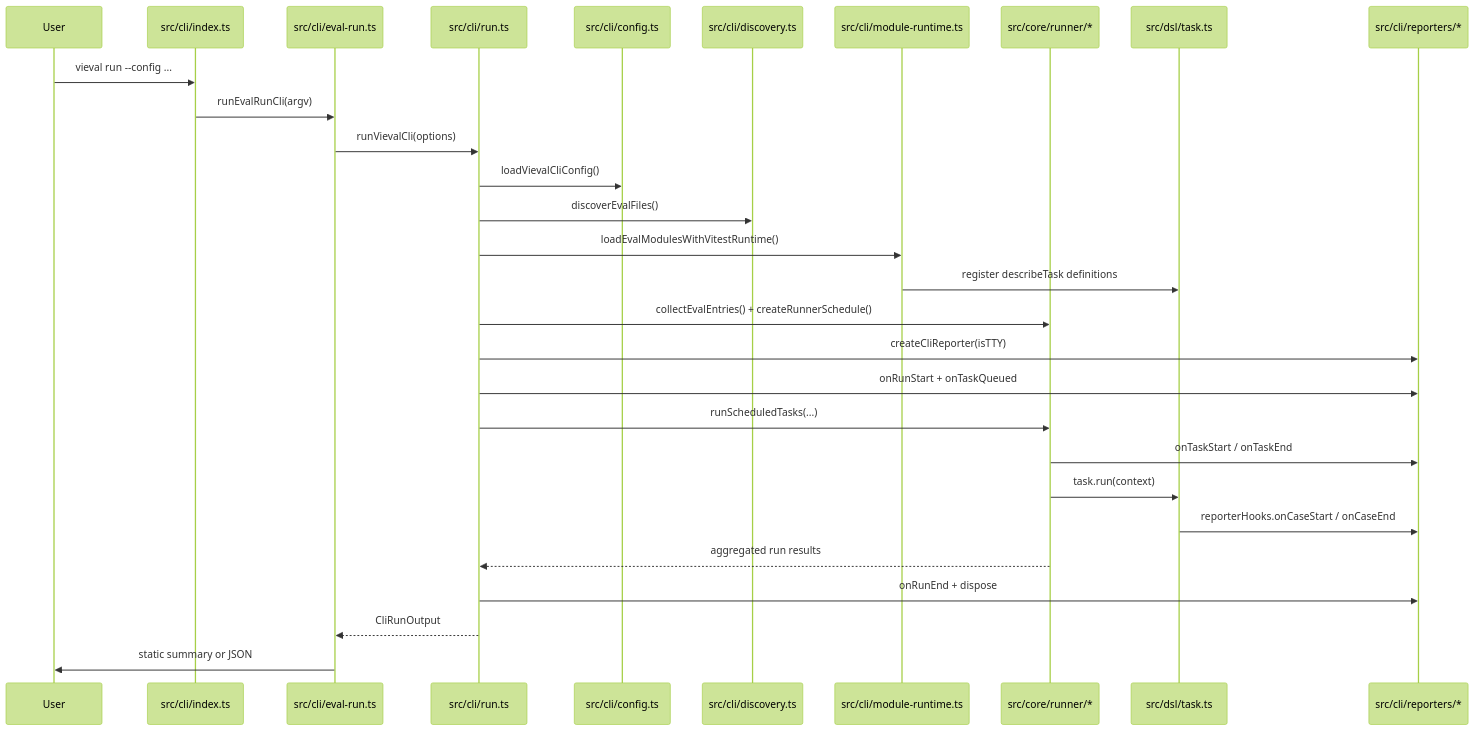
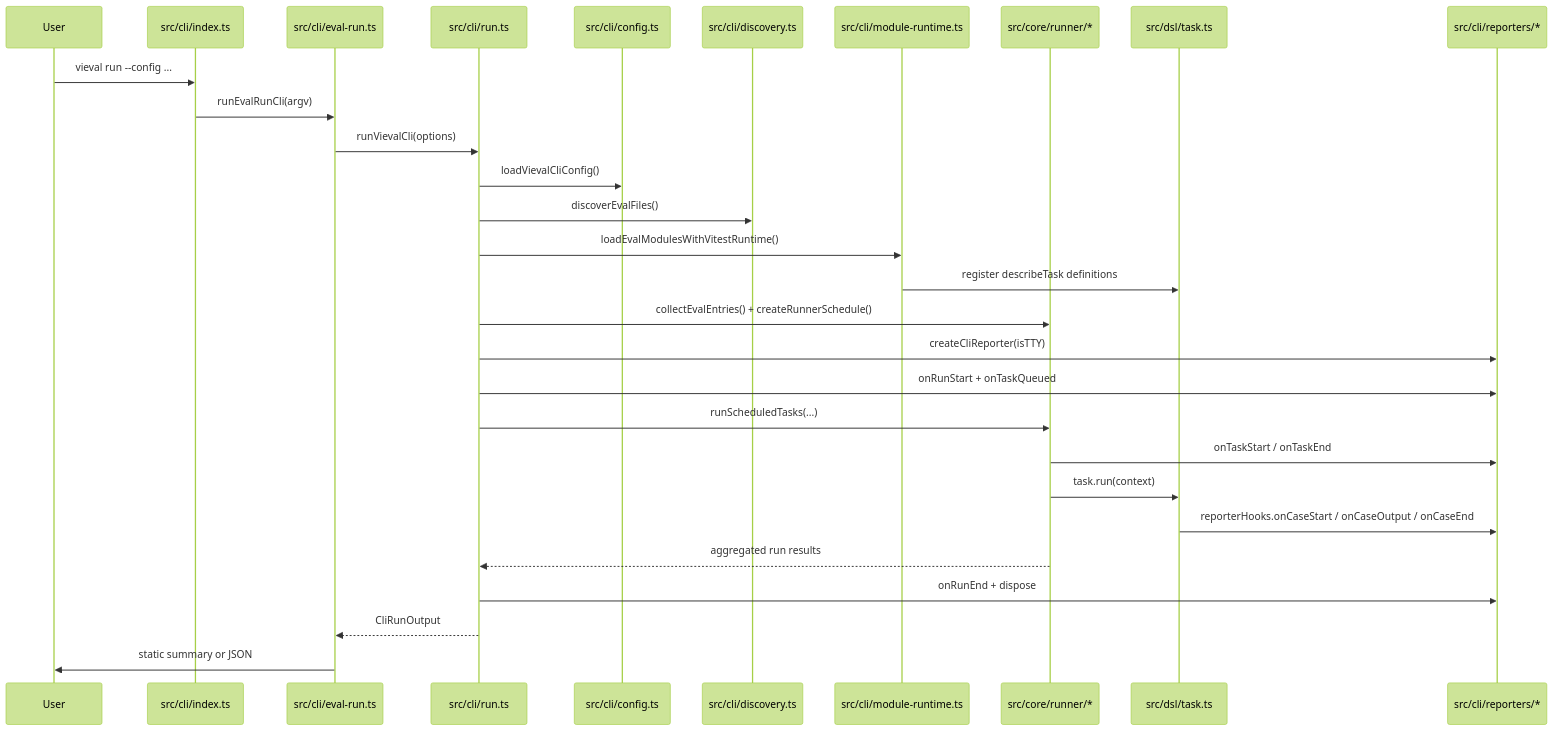
The second of 2 diagrams in packages/vieval/README.md (vieval-dev/vieval), drawn with Mermaid (forest theme) before and after one commit. The commit also changed other lines of this file and 18 other files, not shown here.

Commit message:
feat(vieval): fold per-case stdout/stderr in run reporter (#4)

````diff
--- a/packages/vieval/README.md
+++ b/packages/vieval/README.md
@@ -367,32 +367,32 @@
 ```mermaid
 sequenceDiagram
   participant U as User
   participant C as src/cli/index.ts
   participant E as src/cli/eval-run.ts
   participant R as src/cli/run.ts
   participant L as src/cli/config.ts
   participant D as src/cli/discovery.ts
   participant M as src/cli/module-runtime.ts
   participant S as src/core/runner/*
   participant T as src/dsl/task.ts
   participant P as src/cli/reporters/*
 
   U->>C: vieval run --config ...
   C->>E: runEvalRunCli(argv)
   E->>R: runVievalCli(options)
   R->>L: loadVievalCliConfig()
   R->>D: discoverEvalFiles()
   R->>M: loadEvalModulesWithVitestRuntime()
   M->>T: register describeTask definitions
   R->>S: collectEvalEntries() + createRunnerSchedule()
   R->>P: createCliReporter(isTTY)
   R->>P: onRunStart + onTaskQueued
   R->>S: runScheduledTasks(...)
   S->>P: onTaskStart / onTaskEnd
   S->>T: task.run(context)
-  T->>P: reporterHooks.onCaseStart / onCaseEnd
+  T->>P: reporterHooks.onCaseStart / onCaseOutput / onCaseEnd
   S-->>R: aggregated run results
   R->>P: onRunEnd + dispose
   R-->>E: CliRunOutput
   E->>U: static summary or JSON
 ```
````
